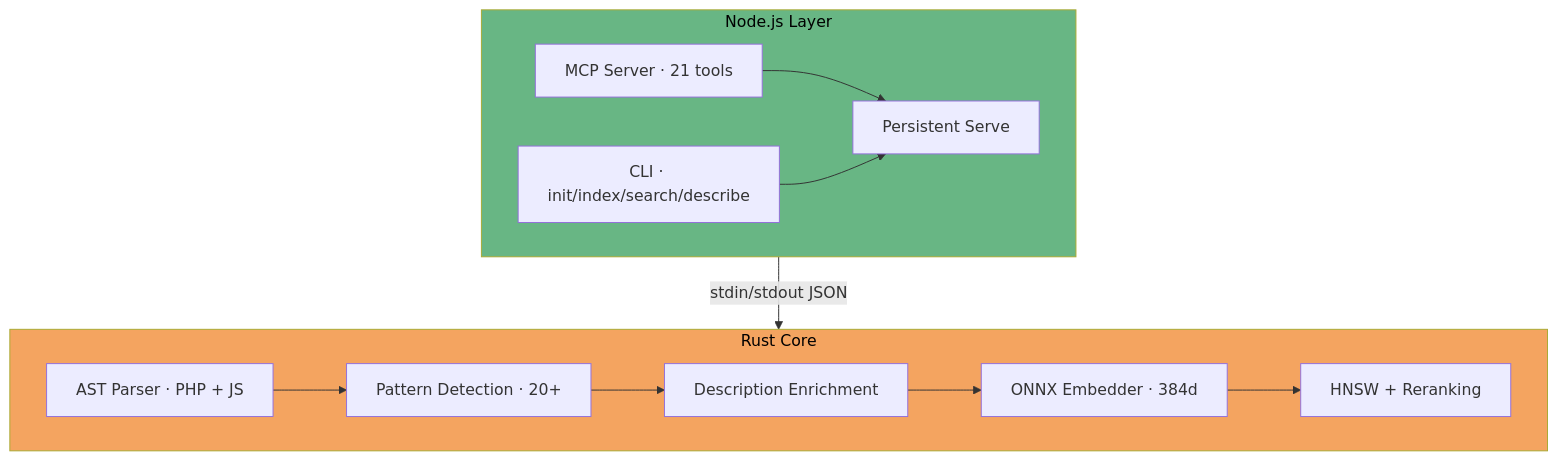
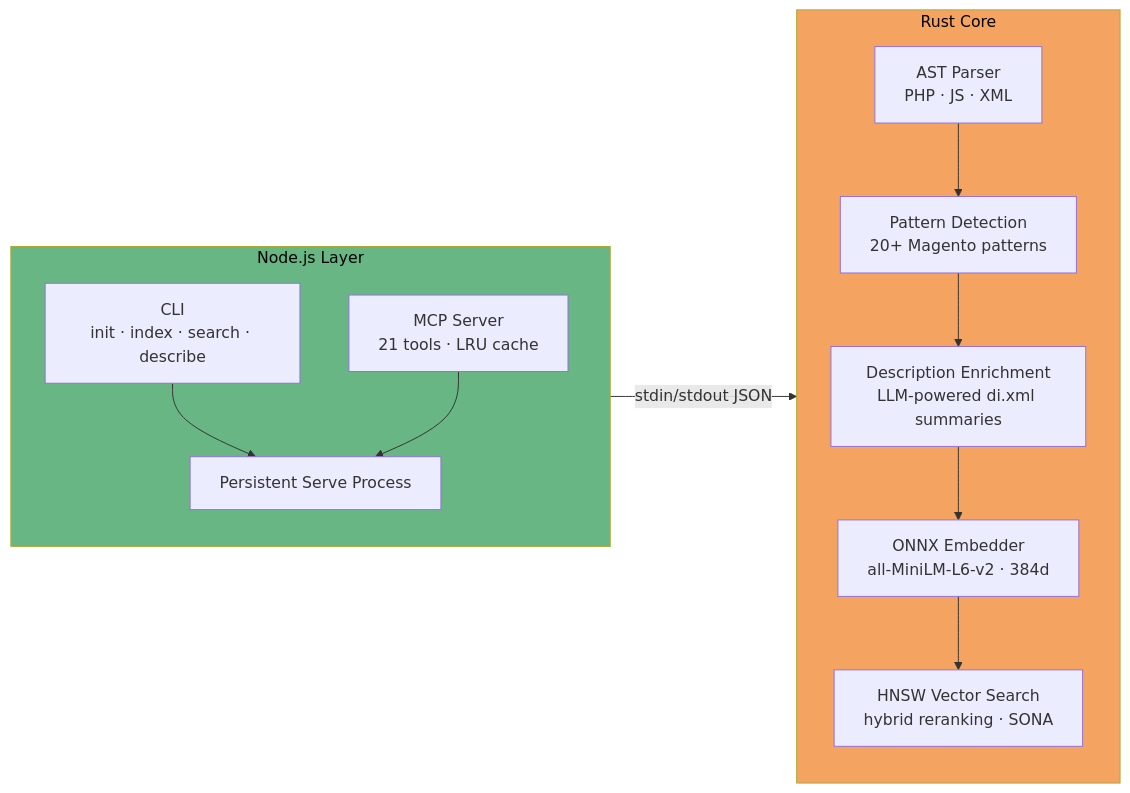
The first of 11 diagrams in README.md (krejcif/magector), drawn with Mermaid before and after one commit. The commit also changed other lines of this file and 3 other files, not shown here.

````diff
--- a/README.md
+++ b/README.md
@@ -68,22 +68,26 @@
 ```mermaid
-flowchart TD
+flowchart LR
+  subgraph node ["Node.js Layer"]
+    direction TB
+    G["CLI<br/>init · index · search · describe"]
+    E["MCP Server<br/>21 tools · LRU cache"]
+    F["Persistent Serve Process"]
+    G --> F
+    E --> F
+  end
+
+  F -->|"stdin/stdout JSON"| rust
+
   subgraph rust ["Rust Core"]
-    A["AST Parser · PHP + JS"]
-    B["Pattern Detection · 20+"]
-    B2["Description Enrichment"]
-    C["ONNX Embedder · 384d"]
-    D["HNSW + Reranking"]
+    direction TB
+    A["AST Parser<br/>PHP · JS · XML"]
+    B["Pattern Detection<br/>20+ Magento patterns"]
+    B2["Description Enrichment<br/>LLM-powered di.xml summaries"]
+    C["ONNX Embedder<br/>all-MiniLM-L6-v2 · 384d"]
+    D["HNSW Vector Search<br/>hybrid reranking · SONA"]
     A --> B --> B2 --> C --> D
   end
-  subgraph node ["Node.js Layer"]
-    E["MCP Server · 21 tools"]
-    F["Persistent Serve"]
-    G["CLI · init/index/search/describe"]
-    E --> F
-    G --> F
-  end
-  node -->|stdin/stdout JSON| rust
 
   style rust fill:#f4a460,color:#000
   style node fill:#68b684,color:#000
 ```
````
